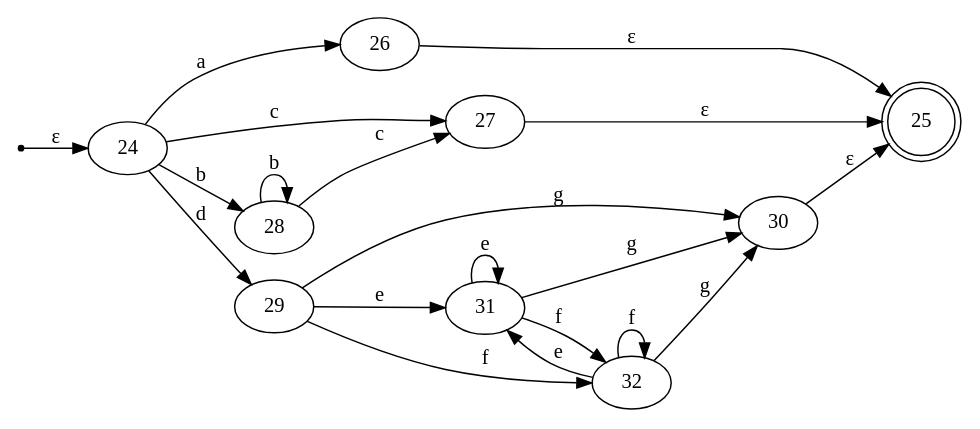
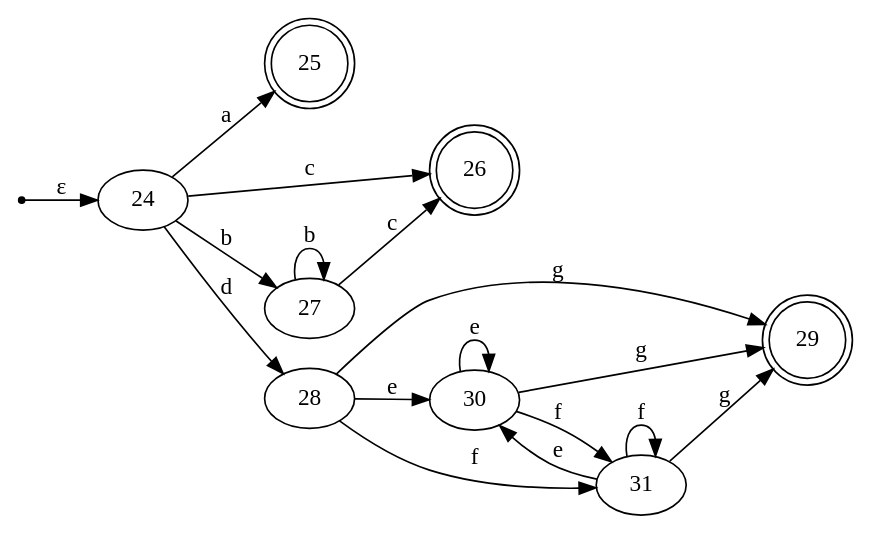
The second of 2 diagrams in README.md (comseung18/Danpiler), drawn with Graphviz before and after one commit. The commit also changed other lines of this file, not shown here.

````diff
--- a/README.md
+++ b/README.md
@@ -86,28 +86,27 @@
 ```dot
 digraph DFA {
   rankdir=LR;
   size="8,5";
 
   start [shape=point];
   25 [shape=doublecircle];
+  26 [shape=doublecircle];
+  29 [shape=doublecircle];
   start -> 24 [ label = "ε" ];
-  24 -> 26 [ label = "a" ];
-  24 -> 27 [ label = "c" ];
-  24 -> 28 [ label = "b" ];
-  24 -> 29 [ label = "d" ];
-  26 -> 25 [ label = "ε" ];
-  27 -> 25 [ label = "ε" ];
-  28 -> 27 [ label = "c" ];
-  28 -> 28 [ label = "b" ];
-  29 -> 30 [ label = "g" ];
-  29 -> 31 [ label = "e" ];
-  29 -> 32 [ label = "f" ];
-  30 -> 25 [ label = "ε" ];
-  31 -> 30 [ label = "g" ];
-  31 -> 31 [ label = "e" ];
-  31 -> 32 [ label = "f" ];
-  32 -> 30 [ label = "g" ];
-  32 -> 31 [ label = "e" ];
-  32 -> 32 [ label = "f" ];
+  24 -> 25 [ label = "a" ];
+  24 -> 26 [ label = "c" ];
+  24 -> 27 [ label = "b" ];
+  24 -> 28 [ label = "d" ];
+  27 -> 27 [ label = "b" ];
+  27 -> 26 [ label = "c" ];
+  28 -> 29 [ label = "g" ];
+  28 -> 30 [ label = "e" ];
+  28 -> 31 [ label = "f" ];
+  30 -> 30 [ label = "e" ];
+  30 -> 31 [ label = "f" ];
+  30 -> 29 [ label = "g" ];
+  31 -> 30 [ label = "e" ];
+  31 -> 31 [ label = "f" ];
+  31 -> 29 [ label = "g" ];
 }
 ```
````
